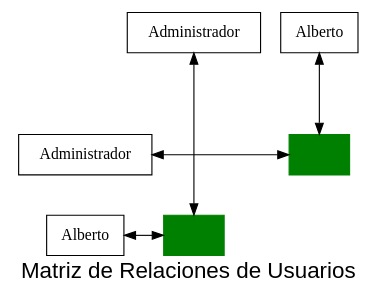
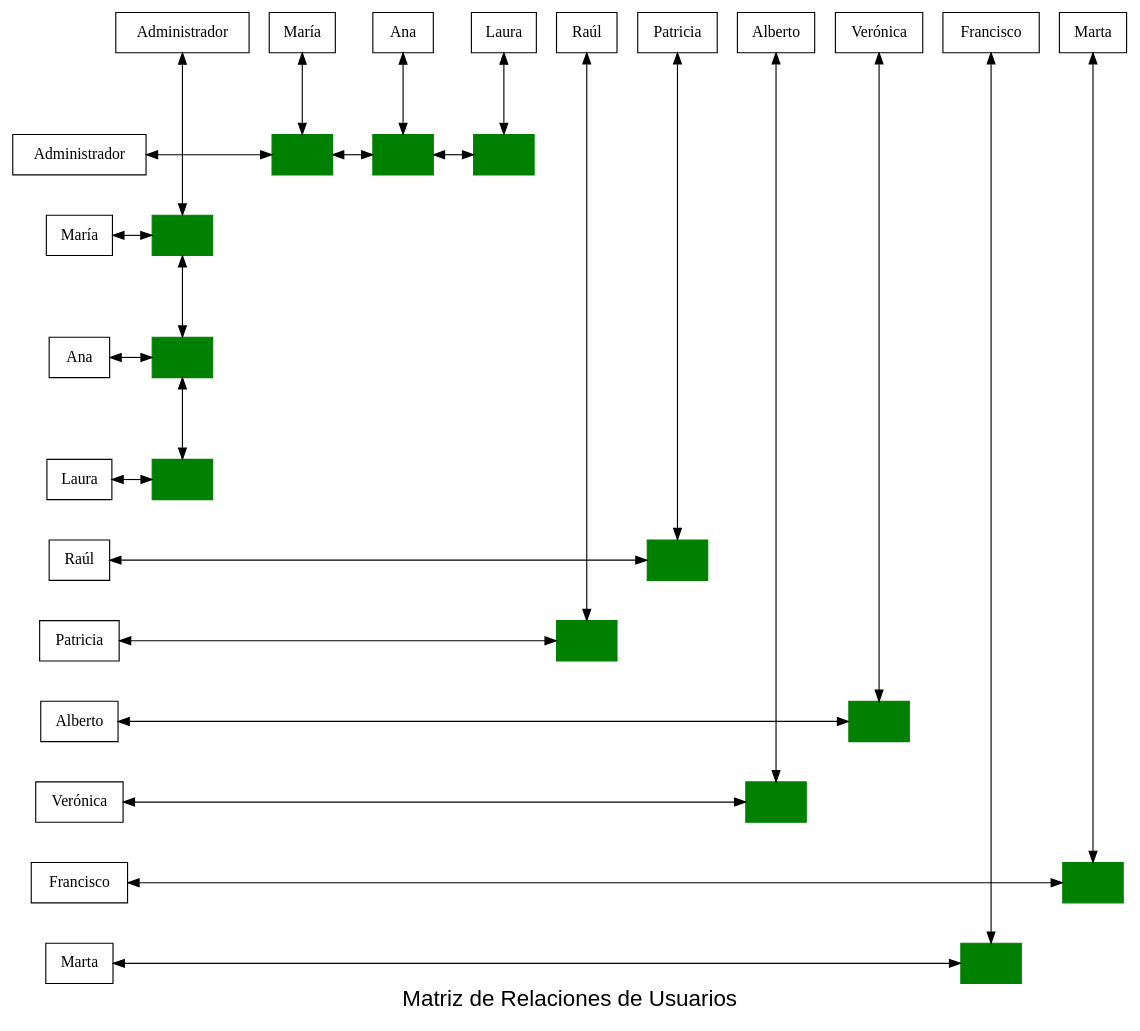
Before and after one commit to D3r3-k/-EDD-Proyecto_202001151: the diagram in Fase2/build/Desktop_Qt_6_7_2_MinGW_64_bit-Debug/matriz_relacion.dot, drawn with Graphviz. The commit also changed 76 other files, not shown here.

```diff
--- a/Fase2/build/Desktop_Qt_6_7_2_MinGW_64_bit-Debug/matriz_relacion.dot
+++ b/Fase2/build/Desktop_Qt_6_7_2_MinGW_64_bit-Debug/matriz_relacion.dot
@@ -1,28 +1,100 @@
 digraph G {
 node [shape=box];
 rankdir=TB;
 label="Matriz de Relaciones de Usuarios" fontsize=20 fontname="Arial";
 // Definir encabezados de filas
 fila0 [label="Administrador", group=1];
+fila2 [label="María", group=1];
+fila4 [label="Ana", group=1];
+fila6 [label="Laura", group=1];
+fila15 [label="Raúl", group=1];
+fila16 [label="Patricia", group=1];
 fila17 [label="Alberto", group=1];
+fila18 [label="Verónica", group=1];
+fila19 [label="Francisco", group=1];
+fila20 [label="Marta", group=1];
 // Definir encabezados de columnas
 col0 [label="Administrador", group=1];
+col2 [label="María", group=3];
+col4 [label="Ana", group=5];
+col6 [label="Laura", group=7];
+col15 [label="Raúl", group=16];
+col16 [label="Patricia", group=17];
 col17 [label="Alberto", group=18];
-{ rank=same; col0; col17; }
+col18 [label="Verónica", group=19];
+col19 [label="Francisco", group=20];
+col20 [label="Marta", group=21];
+{ rank=same; col0; col2; col4; col6; col15; col16; col17; col18; col19; col20; }
 // Definir nodos en las coordenadas especificadas
-nodo0_17 [label="", color=green, style=filled, group=18];
-nodo17_0 [label="", color=green, style=filled, group=1];
+nodo0_2 [label="", color=green, style=filled, group=3];
+nodo0_4 [label="", color=green, style=filled, group=5];
+nodo0_6 [label="", color=green, style=filled, group=7];
+nodo2_0 [label="", color=green, style=filled, group=1];
+nodo4_0 [label="", color=green, style=filled, group=1];
+nodo6_0 [label="", color=green, style=filled, group=1];
+nodo15_16 [label="", color=green, style=filled, group=17];
+nodo16_15 [label="", color=green, style=filled, group=16];
+nodo17_18 [label="", color=green, style=filled, group=19];
+nodo18_17 [label="", color=green, style=filled, group=18];
+nodo19_20 [label="", color=green, style=filled, group=21];
+nodo20_19 [label="", color=green, style=filled, group=20];
 // Conectar encabezados de filas con nodos y los nodos entre ellos horizontalmente
-fila0 -> nodo0_17 [dir=both, minlen=2];
-fila17 -> nodo17_0 [dir=both, minlen=2];
+fila0 -> nodo0_2 [dir=both, minlen=2];
+nodo0_2 -> nodo0_4 [dir=both, minlen=2];
+nodo0_4 -> nodo0_6 [dir=both, minlen=2];
+fila2 -> nodo2_0 [dir=both, minlen=2];
+fila4 -> nodo4_0 [dir=both, minlen=2];
+fila6 -> nodo6_0 [dir=both, minlen=2];
+fila15 -> nodo15_16 [dir=both, minlen=2];
+fila16 -> nodo16_15 [dir=both, minlen=2];
+fila17 -> nodo17_18 [dir=both, minlen=2];
+fila18 -> nodo18_17 [dir=both, minlen=2];
+fila19 -> nodo19_20 [dir=both, minlen=2];
+fila20 -> nodo20_19 [dir=both, minlen=2];
 // Conectar encabezados de columnas con nodos y los nodos entre ellos verticalmente
-col0 -> nodo17_0 [dir=both, minlen=2];
-col17 -> nodo0_17 [dir=both, minlen=2];
+col0 -> nodo2_0 [dir=both, minlen=2];
+nodo2_0 -> nodo4_0 [dir=both, minlen=2];
+nodo4_0 -> nodo6_0 [dir=both, minlen=2];
+col2 -> nodo0_2 [dir=both, minlen=2];
+col4 -> nodo0_4 [dir=both, minlen=2];
+col6 -> nodo0_6 [dir=both, minlen=2];
+col15 -> nodo16_15 [dir=both, minlen=2];
+col16 -> nodo15_16 [dir=both, minlen=2];
+col17 -> nodo18_17 [dir=both, minlen=2];
+col18 -> nodo17_18 [dir=both, minlen=2];
+col19 -> nodo20_19 [dir=both, minlen=2];
+col20 -> nodo19_20 [dir=both, minlen=2];
 // Mantener los encabezados de filas alineados verticalmente
-fila0 -> fila17 [style=invis];
+fila0 -> fila2 [style=invis];
+fila2 -> fila4 [style=invis];
+fila4 -> fila6 [style=invis];
+fila6 -> fila15 [style=invis];
+fila15 -> fila16 [style=invis];
+fila16 -> fila17 [style=invis];
+fila17 -> fila18 [style=invis];
+fila18 -> fila19 [style=invis];
+fila19 -> fila20 [style=invis];
 // Mantener los nodos de la misma fila en el mismo rango horizontal
-{ rank=same; fila0; nodo0_17 }
-{ rank=same; fila17; nodo17_0 }
+{ rank=same; fila0; nodo0_2 }
+{ rank=same; fila0; nodo0_4 }
+{ rank=same; fila0; nodo0_6 }
+{ rank=same; fila2; nodo2_0 }
+{ rank=same; fila4; nodo4_0 }
+{ rank=same; fila6; nodo6_0 }
+{ rank=same; fila15; nodo15_16 }
+{ rank=same; fila16; nodo16_15 }
+{ rank=same; fila17; nodo17_18 }
+{ rank=same; fila18; nodo18_17 }
+{ rank=same; fila19; nodo19_20 }
+{ rank=same; fila20; nodo20_19 }
 // Conectar las columnas entre sí de forma invisible para mantener el orden
-col0 -> col17 [style=invis];
+col0 -> col2 [style=invis];
+col2 -> col4 [style=invis];
+col4 -> col6 [style=invis];
+col6 -> col15 [style=invis];
+col15 -> col16 [style=invis];
+col16 -> col17 [style=invis];
+col17 -> col18 [style=invis];
+col18 -> col19 [style=invis];
+col19 -> col20 [style=invis];
 }
```
